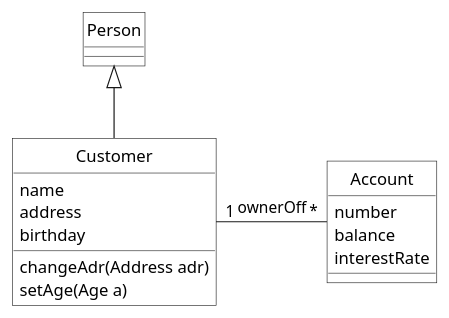
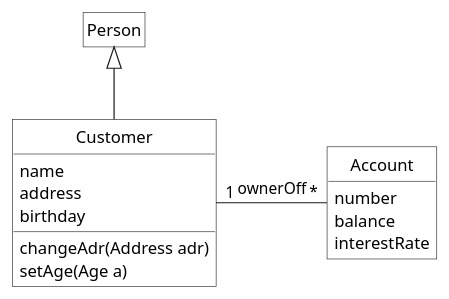
The diagram in i3-style-example.puml (MontiCore/cd4analysis), drawn with PlantUML before and after one commit. The commit also changed 28 other files, not shown here.

```diff
--- a/i3-style-example.puml
+++ b/i3-style-example.puml
@@ -1,31 +1,36 @@
 @startuml
 <style>
 	classDiagram {
 		class {
 			BackgroundColor White
 			RoundCorner 0
-		}
-	}
+	  }
+	  legend {
+      BackgroundColor White
+      RoundCorner 0
+    }
 </style>
 hide circle
+hide empty members
+
 
 class Customer {
 	name
 	address
 	birthday
 	changeAdr(Address adr)
 	setAge(Age a)
 }
 
 class Account {
 	number
 	balance
 	interestRate
 }
 
 class Person
 
 Customer "1" -right- "*" Account: ownerOff
 Customer -up-|> Person
 
 @enduml
```
